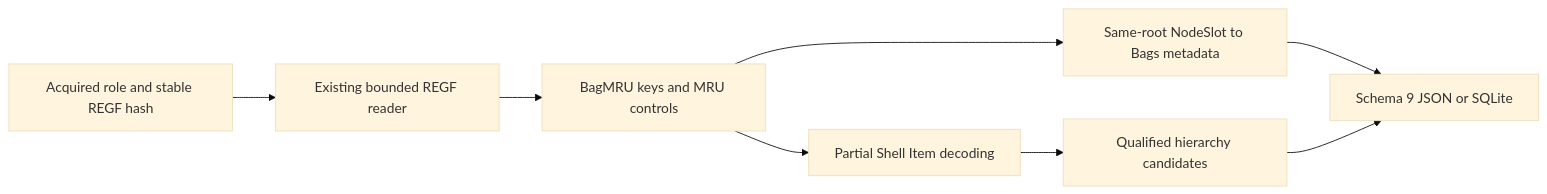
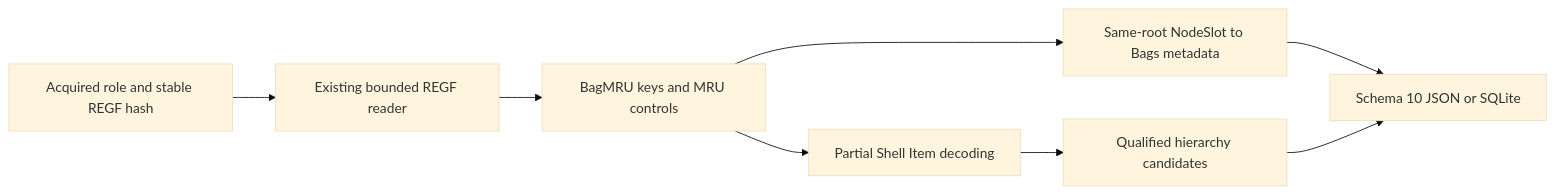
One commit to polynomeer/plaintrace changed the diagram in docs/SHELLBAGS_CLI.ko.md. Above: the diagram before and after it, drawn with Mermaid (base theme). The commit also changed other lines of this file and 27 other files, not shown here.

````diff
--- a/docs/SHELLBAGS_CLI.ko.md
+++ b/docs/SHELLBAGS_CLI.ko.md
@@ -71,10 +73,10 @@
 ```mermaid
 flowchart LR
   Input[Acquired role and stable REGF hash] --> Hive[Existing bounded REGF reader]
   Hive --> Keys[BagMRU keys and MRU controls]
   Keys --> Items[Partial Shell Item decoding]
   Keys --> Views[Same-root NodeSlot to Bags metadata]
   Items --> Paths[Qualified hierarchy candidates]
-  Views --> Report[Schema 9 JSON or SQLite]
+  Views --> Report[Schema 10 JSON or SQLite]
   Paths --> Report
 ```
````
